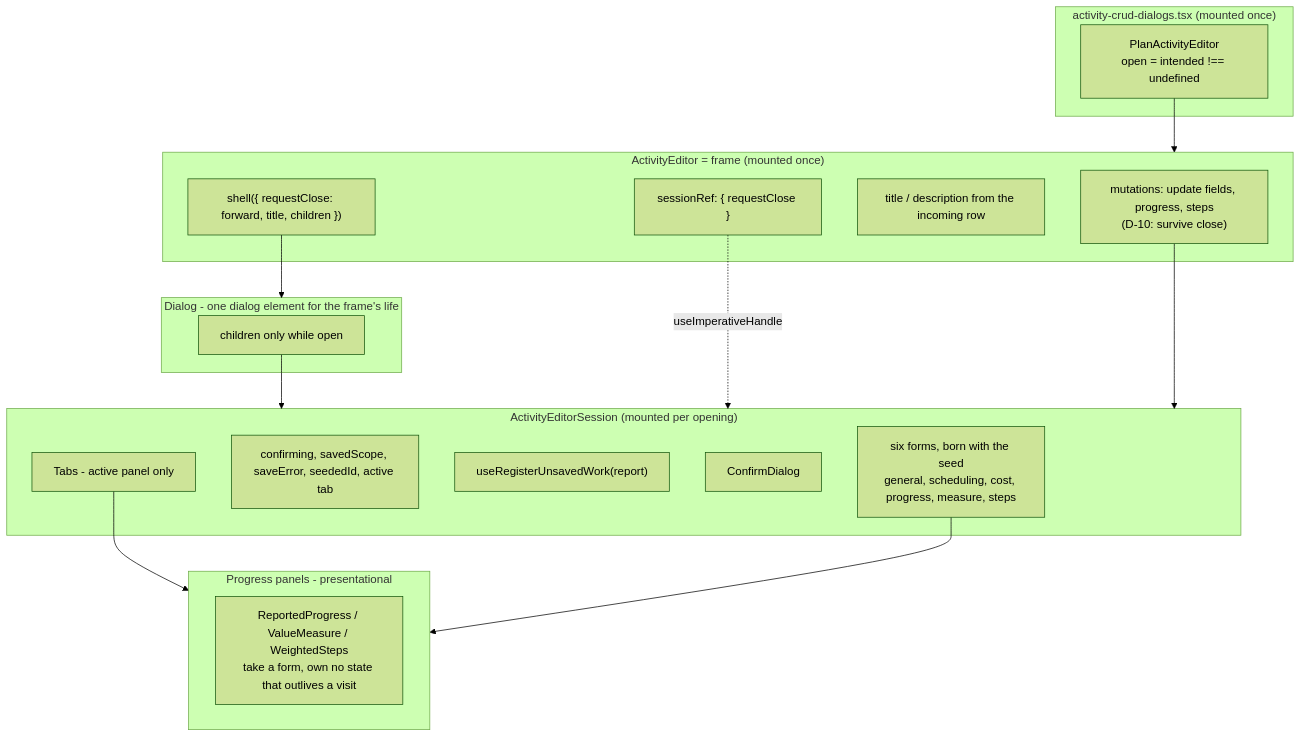
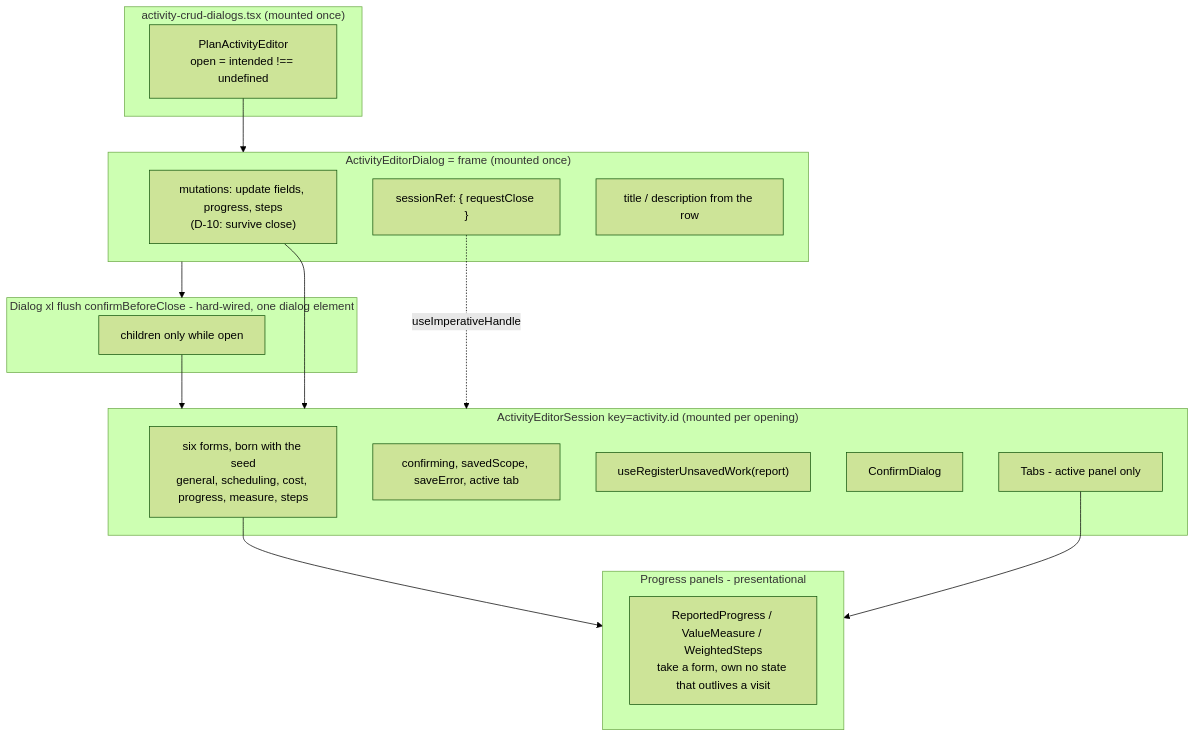
One commit to HuttonHomeHub/SchedulePoint_1 changed the first of 3 diagrams in docs/specs/activity-editor-seeding/feature-spec.md. Above: the diagram before and after it, drawn with Mermaid (forest theme). The commit also changed other lines of this file and 1 other file, not shown here.

First line of the commit message:
docs(docs): apply the product owner's NQ-1 (b) to the activity editor spec and record approval

````diff
--- a/docs/specs/activity-editor-seeding/feature-spec.md
+++ b/docs/specs/activity-editor-seeding/feature-spec.md
@@ -307,32 +333,31 @@
 ```mermaid
 flowchart TB
   subgraph Host["activity-crud-dialogs.tsx (mounted once)"]
     PAE["PlanActivityEditor<br/>open = intended !== undefined"]
   end
-  subgraph Frame["ActivityEditor = frame (mounted once)"]
+  subgraph Frame["ActivityEditorDialog = frame (mounted once)"]
     MUT["mutations: update fields, progress, steps<br/>(D-10: survive close)"]
     REF["sessionRef: { requestClose }"]
-    TTL["title / description from the incoming row"]
-    SH["shell({ requestClose: forward, title, children })"]
+    TTL["title / description from the row"]
   end
-  subgraph Dlg["Dialog - one dialog element for the frame's life"]
+  subgraph Dlg["Dialog xl flush confirmBeforeClose - hard-wired, one dialog element"]
     CH["children only while open"]
   end
-  subgraph Session["ActivityEditorSession (mounted per opening)"]
+  subgraph Session["ActivityEditorSession key=activity.id (mounted per opening)"]
     SF["six forms, born with the seed<br/>general, scheduling, cost, progress, measure, steps"]
-    ST["confirming, savedScope, saveError, seededId, active tab"]
+    ST["confirming, savedScope, saveError, active tab"]
     UR["useRegisterUnsavedWork(report)"]
     CD["ConfirmDialog"]
     TB["Tabs - active panel only"]
   end
   subgraph Panels["Progress panels - presentational"]
     PP["ReportedProgress / ValueMeasure / WeightedSteps<br/>take a form, own no state that outlives a visit"]
   end
   PAE --> Frame
-  SH --> Dlg
+  Frame --> Dlg
   CH --> Session
   REF -. useImperativeHandle .-> Session
   MUT --> Session
   TB --> Panels
   SF --> Panels
 ```
````
